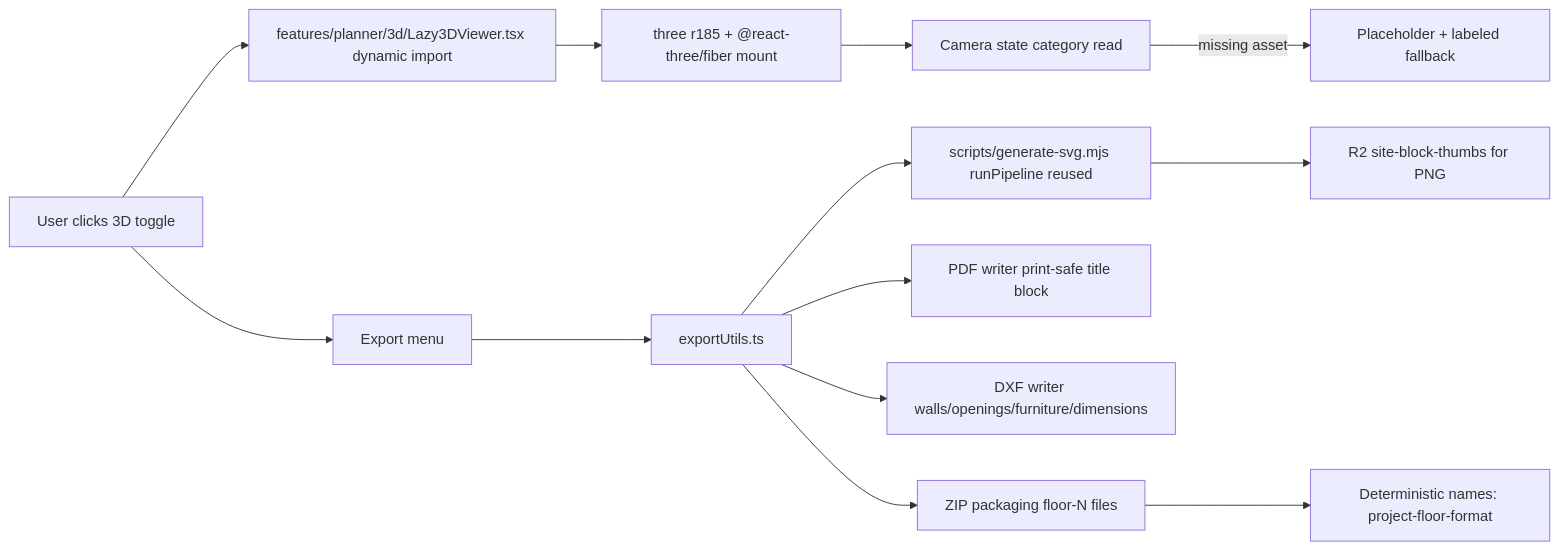
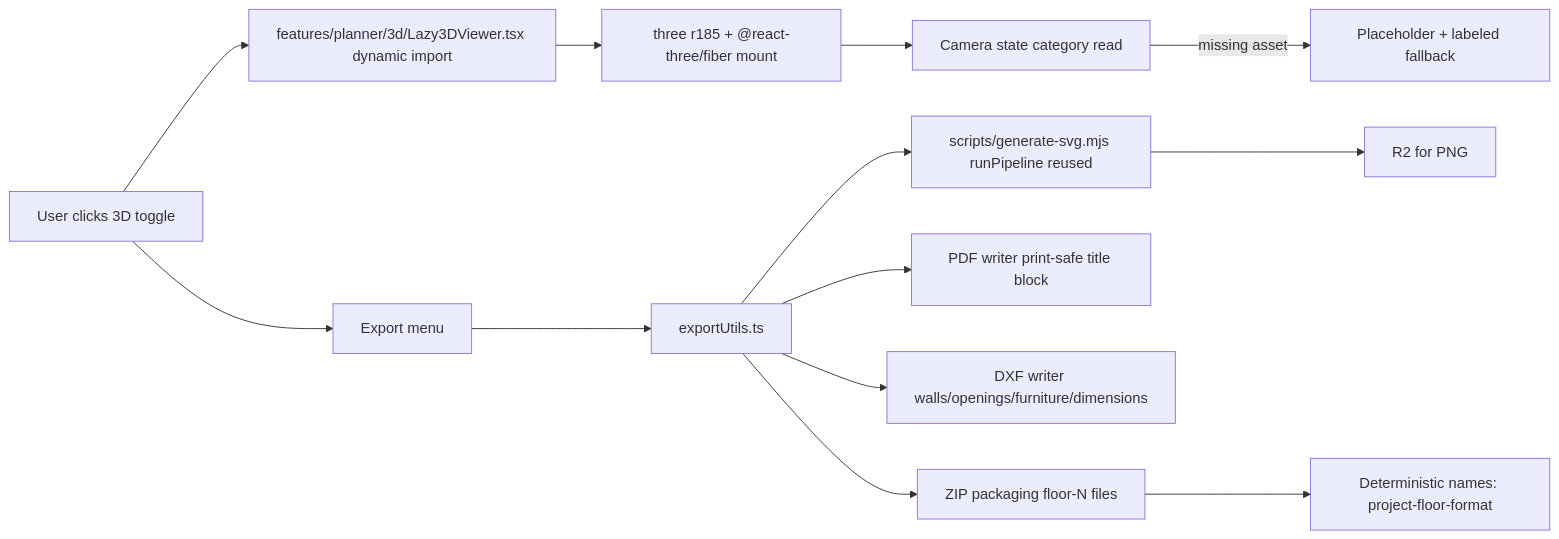
Before and after one commit to mayoite/12072026: the diagram in plannnerplan/phases/09-3d-lazy-export-and-ai.md, drawn with Mermaid. The commit also changed 13 other files, not shown here.

````diff
--- a/plannnerplan/phases/09-3d-lazy-export-and-ai.md
+++ b/plannnerplan/phases/09-3d-lazy-export-and-ai.md
@@ -26,14 +26,14 @@
 ```mermaid
 flowchart LR
     A[User clicks 3D toggle] --> B[features/planner/3d/Lazy3DViewer.tsx dynamic import]
     B --> C[three r185 + @react-three/fiber mount]
     C --> D[Camera state category read]
     D -->|missing asset| E[Placeholder + labeled fallback]
     A --> F[Export menu] --> G[exportUtils.ts]
     G --> H[scripts/generate-svg.mjs runPipeline reused]
-    H --> I[R2 site-block-thumbs for PNG]
+    H --> I[R2 <bucket per IMPLEMENTATION-DECISIONS.md> for PNG]
     G --> J[PDF writer print-safe title block]
     G --> K[DXF writer walls/openings/furniture/dimensions]
     G --> L[ZIP packaging floor-N files]
     L --> M[Deterministic names: project-floor-format]
 ```
````
